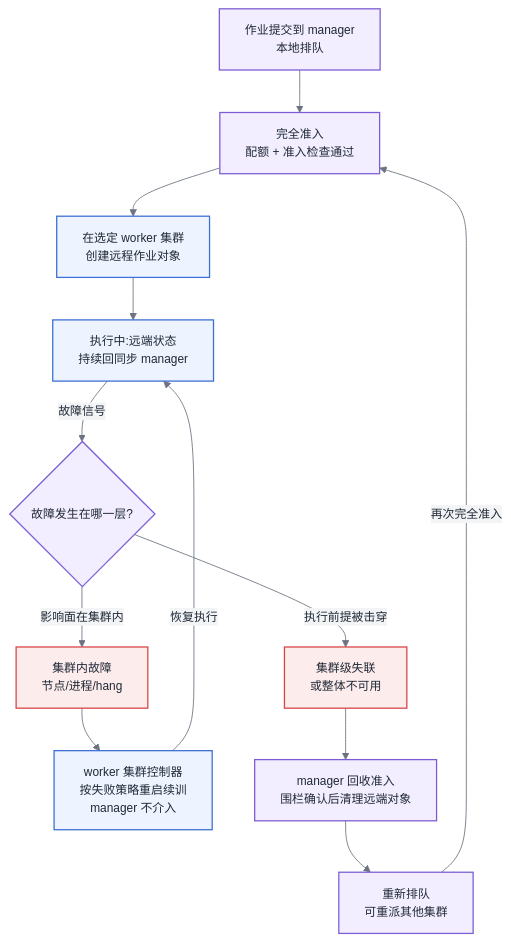
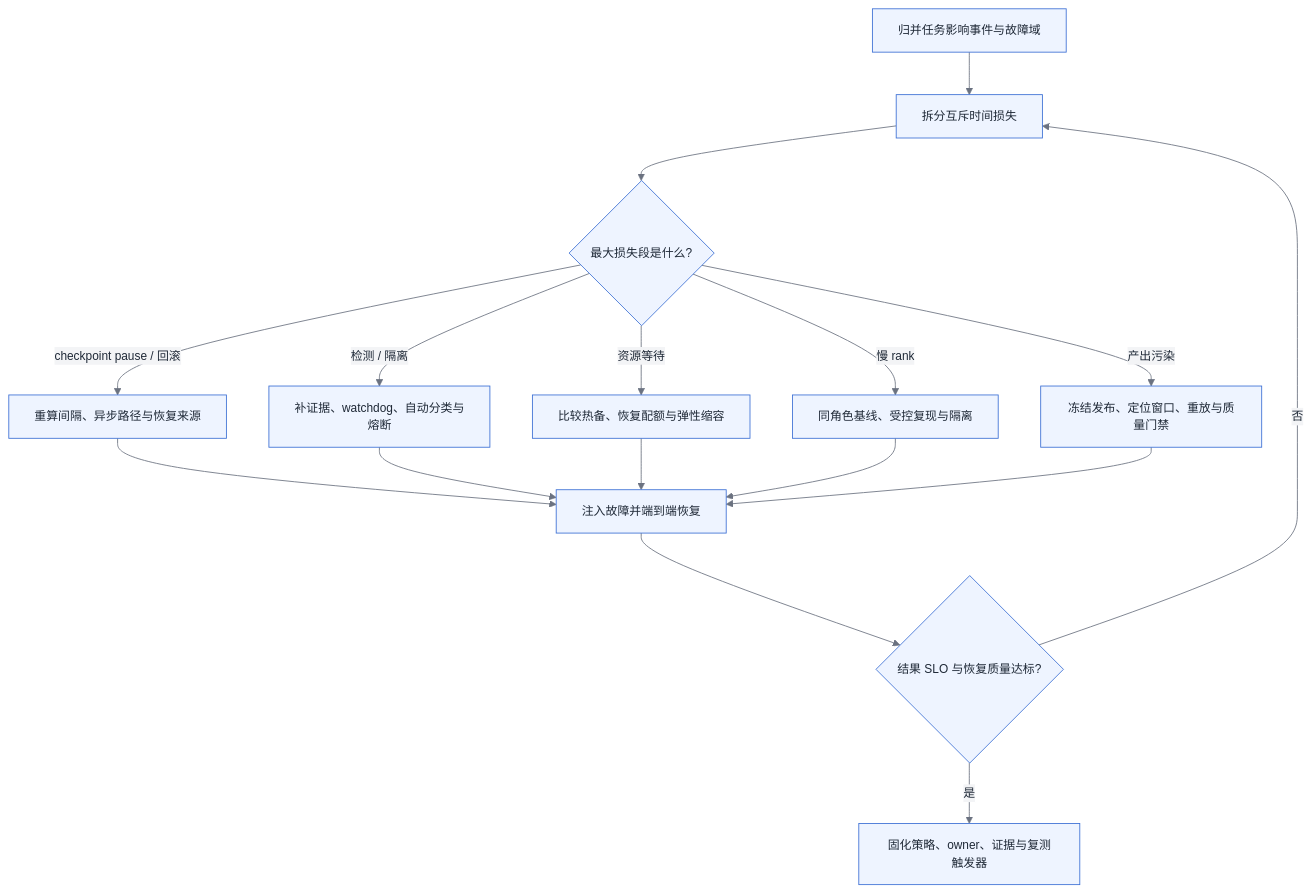
Before and after one commit to cdavid817/AI-Infra: the diagram in 第四部分-训练系统/第20章-稳定性与容错.md, drawn with Mermaid. The commit also changed other lines of this file and 117 other files, not shown here.

````diff
--- a/第四部分-训练系统/第20章-稳定性与容错.md
+++ b/第四部分-训练系统/第20章-稳定性与容错.md
@@ -165,29 +223,23 @@
 ```mermaid
 %%{init: {'theme':'base','themeVariables':{
   'primaryColor':'#EEF4FF','primaryBorderColor':'#3B6FD4','primaryTextColor':'#1F2937',
   'secondaryColor':'#F3F4F6','tertiaryColor':'#FFFFFF',
   'lineColor':'#6B7280','fontFamily':'-apple-system, Segoe UI, Helvetica, Arial, sans-serif','fontSize':'14px'
 }}}%%
-flowchart TB
-  classDef ctrl fill:#F3EEFF,stroke:#7C5CD4,stroke-width:1.5px,color:#1F2937
-  classDef compute fill:#EEF4FF,stroke:#3B6FD4,stroke-width:1.5px,color:#1F2937
-  classDef bad fill:#FDECEC,stroke:#D64545,stroke-width:1.5px,color:#1F2937
-
-  A[作业提交到 manager<br/>本地排队]:::ctrl
-  B[完全准入<br/>配额 + 准入检查通过]:::ctrl
-  C[在选定 worker 集群<br/>创建远程作业对象]:::compute
-  D[执行中:远端状态<br/>持续回同步 manager]:::compute
-  F{故障发生在哪一层?}:::ctrl
-  G[集群内故障<br/>节点/进程/hang]:::bad
-  H[worker 集群控制器<br/>按失败策略重启续训<br/>manager 不介入]:::compute
-  I[集群级失联<br/>或整体不可用]:::bad
-  J[manager 回收准入<br/>围栏确认后清理远端对象]:::ctrl
-  K[重新排队<br/>可重派其他集群]:::ctrl
-
-  A --> B --> C --> D
-  D -->|故障信号| F
-  F -->|影响面在集群内| G --> H
-  H -->|恢复执行| D
-  F -->|执行前提被击穿| I --> J --> K
-  K -->|再次完全准入| B
+flowchart TD
+  A[归并任务影响事件与故障域] --> B[拆分互斥时间损失]
+  B --> C{最大损失段是什么?}
+  C -- checkpoint pause / 回滚 --> D[重算间隔、异步路径与恢复来源]
+  C -- 检测 / 隔离 --> E[补证据、watchdog、自动分类与熔断]
+  C -- 资源等待 --> F[比较热备、恢复配额与弹性缩容]
+  C -- 慢 rank --> G[同角色基线、受控复现与隔离]
+  C -- 产出污染 --> H[冻结发布、定位窗口、重放与质量门禁]
+  D --> I[注入故障并端到端恢复]
+  E --> I
+  F --> I
+  G --> I
+  H --> I
+  I --> J{结果 SLO 与恢复质量达标?}
+  J -- 否 --> B
+  J -- 是 --> K[固化策略、owner、证据与复测触发器]
 ```
````
